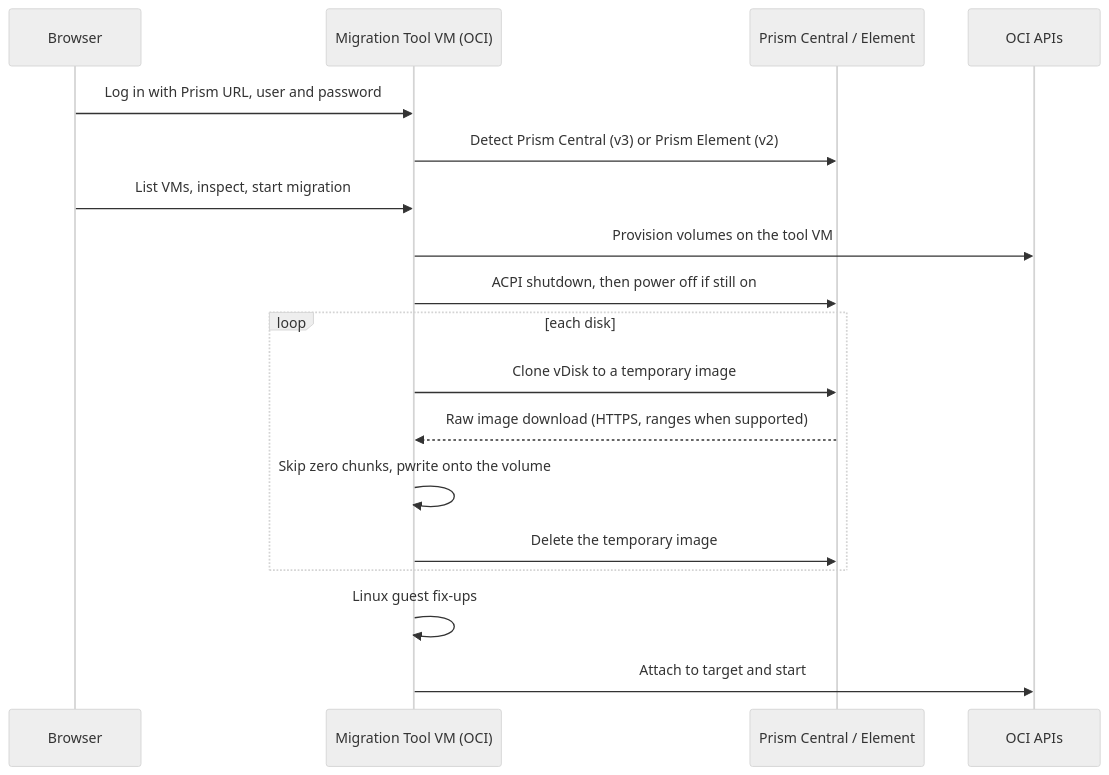
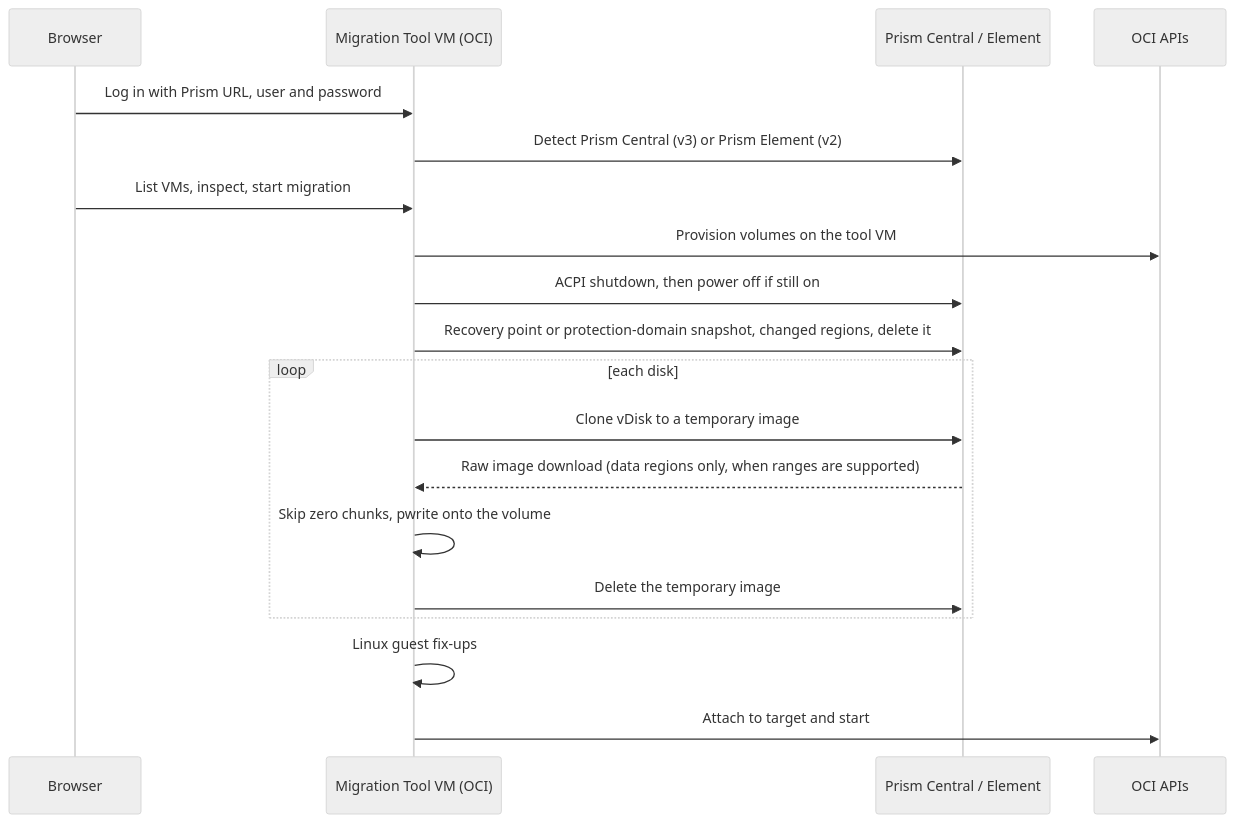
The fourth of 7 diagrams in docs/how-it-works.md (RichardORCL/OCI-UltimateMigrationTool), drawn with Mermaid (neutral theme) before and after one commit. The commit also changed other lines of this file and 15 other files, not shown here.

Commit message:
Nutanix: read only the data regions (v4 recovery point on Prism Central, temporary protection domain on Prism Element)

````diff
--- a/docs/how-it-works.md
+++ b/docs/how-it-works.md
@@ -226,20 +238,21 @@
 ```mermaid
 sequenceDiagram
     participant B as Browser
     participant H as Migration Tool VM (OCI)
     participant P as Prism Central / Element
     participant OCI as OCI APIs
     B->>H: Log in with Prism URL, user and password
     H->>P: Detect Prism Central (v3) or Prism Element (v2)
     B->>H: List VMs, inspect, start migration
     H->>OCI: Provision volumes on the tool VM
     H->>P: ACPI shutdown, then power off if still on
+    H->>P: Recovery point or protection-domain snapshot, changed regions, delete it
     loop each disk
         H->>P: Clone vDisk to a temporary image
-        P-->>H: Raw image download (HTTPS, ranges when supported)
+        P-->>H: Raw image download (data regions only, when ranges are supported)
         H->>H: Skip zero chunks, pwrite onto the volume
         H->>P: Delete the temporary image
     end
     H->>H: Linux guest fix-ups
     H->>OCI: Attach to target and start
 ```
````
